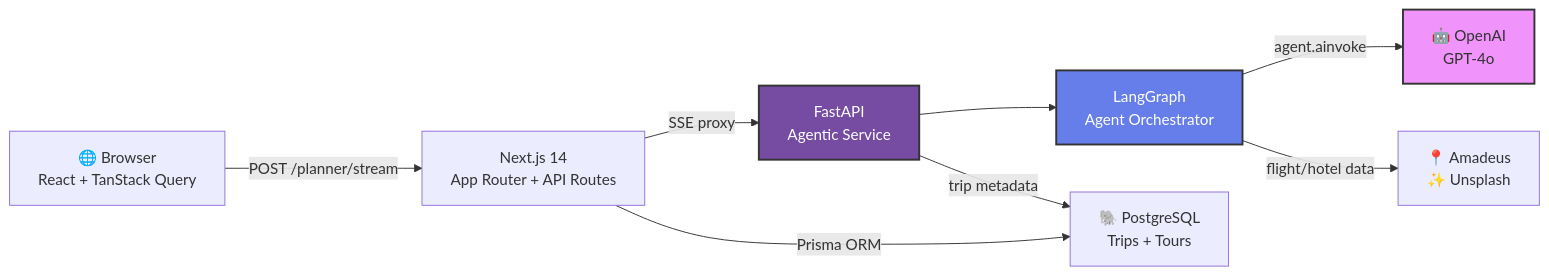
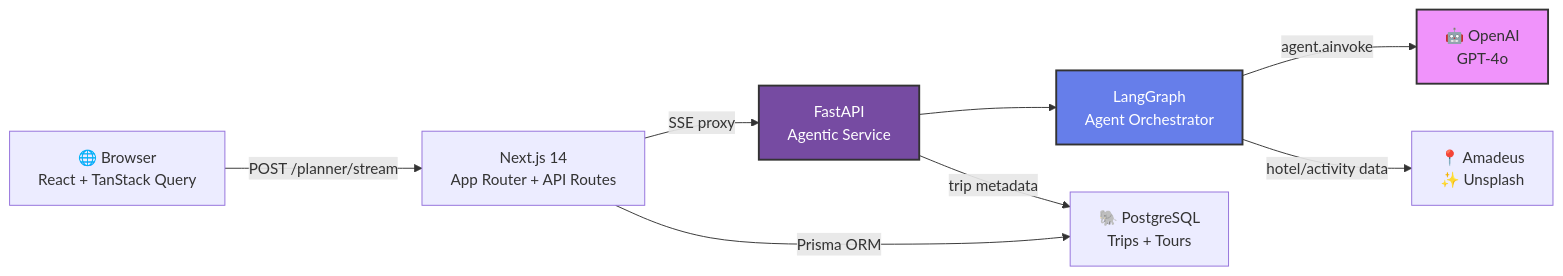
One commit to taroserigano/S3-File-uploadingsz_-- changed the diagram in README.md. Above: the diagram before and after it, drawn with Mermaid. The commit also changed other lines of this file and 1 other file, not shown here.

First line of the commit message:
docs: remove visa/flight references, add hotel fixes changelog

````diff
--- a/README.md
+++ b/README.md
@@ -61,22 +68,22 @@
 ```mermaid
 graph LR
     U["🌐 Browser<br/>React + TanStack Query"]
     N["Next.js 14<br/>App Router + API Routes"]
     F["FastAPI<br/>Agentic Service"]
     LG["LangGraph<br/>Agent Orchestrator"]
     LLM["🤖 OpenAI<br/>GPT-4o"]
     APIs["📍 Amadeus<br/>✨ Unsplash"]
     DB["🐘 PostgreSQL<br/>Trips + Tours"]
-    
+
     U -->|POST /planner/stream| N
     N -->|SSE proxy| F
     F --> LG
     LG -->|agent.ainvoke| LLM
-    LG -->|flight/hotel data| APIs
+    LG -->|hotel/activity data| APIs
     N -->|Prisma ORM| DB
     F -->|trip metadata| DB
-    
+
     style LG fill:#667eea,stroke:#333,stroke-width:2px,color:#fff
     style F fill:#764ba2,stroke:#333,stroke-width:2px,color:#fff
     style LLM fill:#f093fb,stroke:#333,stroke-width:2px,color:#333
 ```
````
